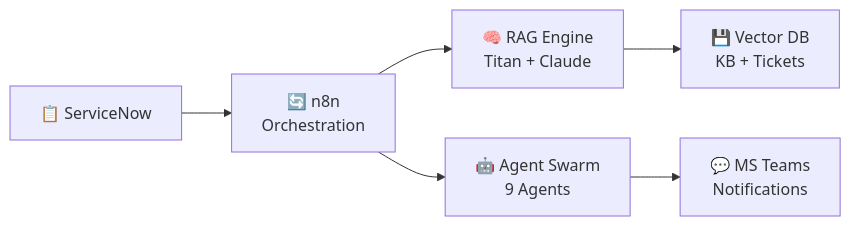
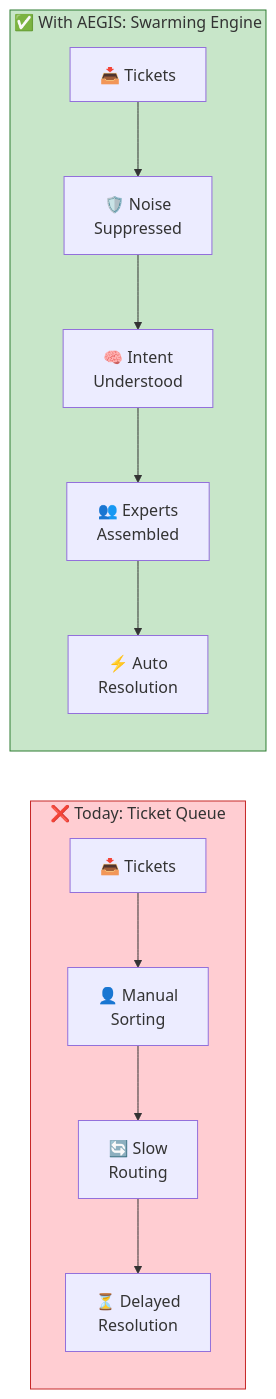
The second of 6 diagrams in docs/cxo-executive-slide.md (maniltns/AEGIS), drawn with Mermaid before and after one commit. The commit also changed other lines of this file, not shown here.

Commit message:
docs: Add architecture diagrams and technology stack images to documentation.

````diff
--- a/docs/cxo-executive-slide.md
+++ b/docs/cxo-executive-slide.md
@@ -61,8 +39,13 @@
 ```mermaid
-graph LR
-    SNOW["📋 ServiceNow"] --> N8N["🔄 n8n<br/>Orchestration"]
-    N8N --> RAG["🧠 RAG Engine<br/>Titan + Claude"]
-    N8N --> AGENTS["🤖 Agent Swarm<br/>9 Agents"]
-    RAG --> KB["💾 Vector DB<br/>KB + Tickets"]
-    AGENTS --> TEAMS["💬 MS Teams<br/>Notifications"]
+flowchart LR
+    subgraph TODAY["❌ Today: Ticket Queue"]
+        T1["📥 Tickets"] --> T2["👤 Manual<br/>Sorting"] --> T3["🔄 Slow<br/>Routing"] --> T4["⏳ Delayed<br/>Resolution"]
+    end
+    
+    subgraph AEGIS["✅ With AEGIS: Swarming Engine"]
+        A1["📥 Tickets"] --> A2["🛡️ Noise<br/>Suppressed"] --> A3["🧠 Intent<br/>Understood"] --> A4["👥 Experts<br/>Assembled"] --> A5["⚡ Auto<br/>Resolution"]
+    end
+    
+    style TODAY fill:#ffcdd2,stroke:#c62828
+    style AEGIS fill:#c8e6c9,stroke:#2e7d32
 ```
````
